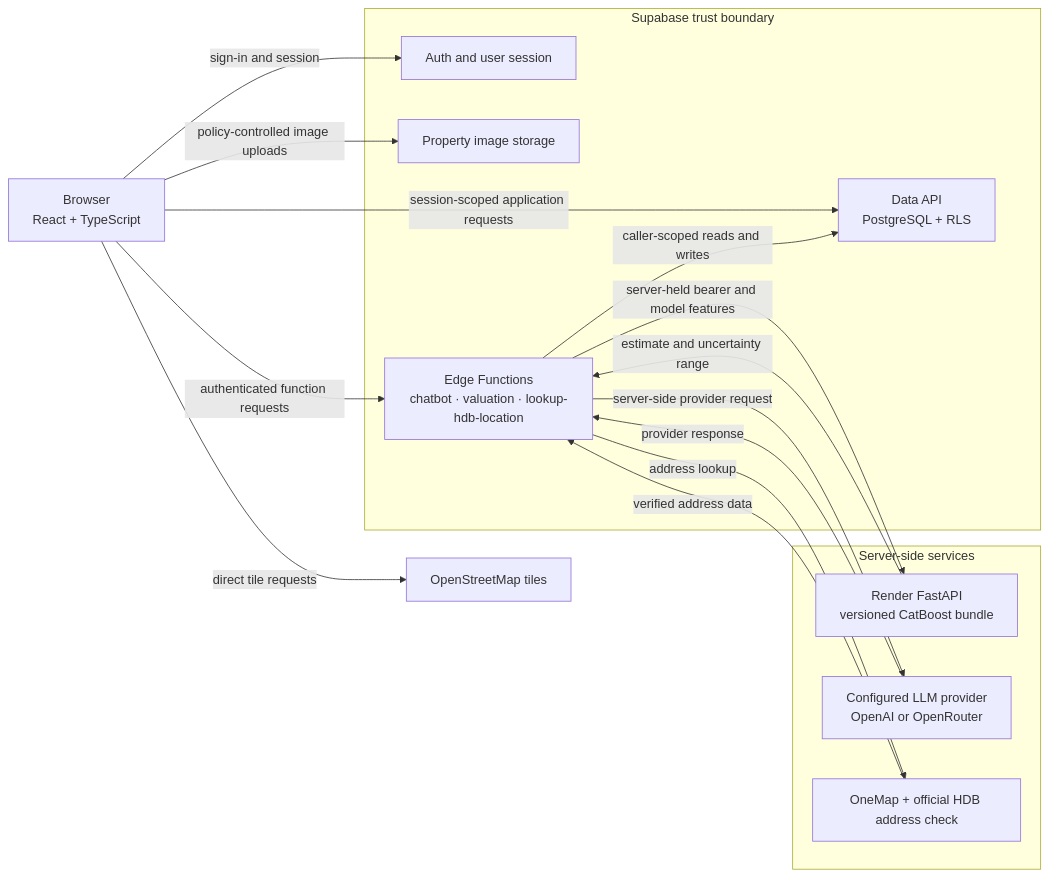
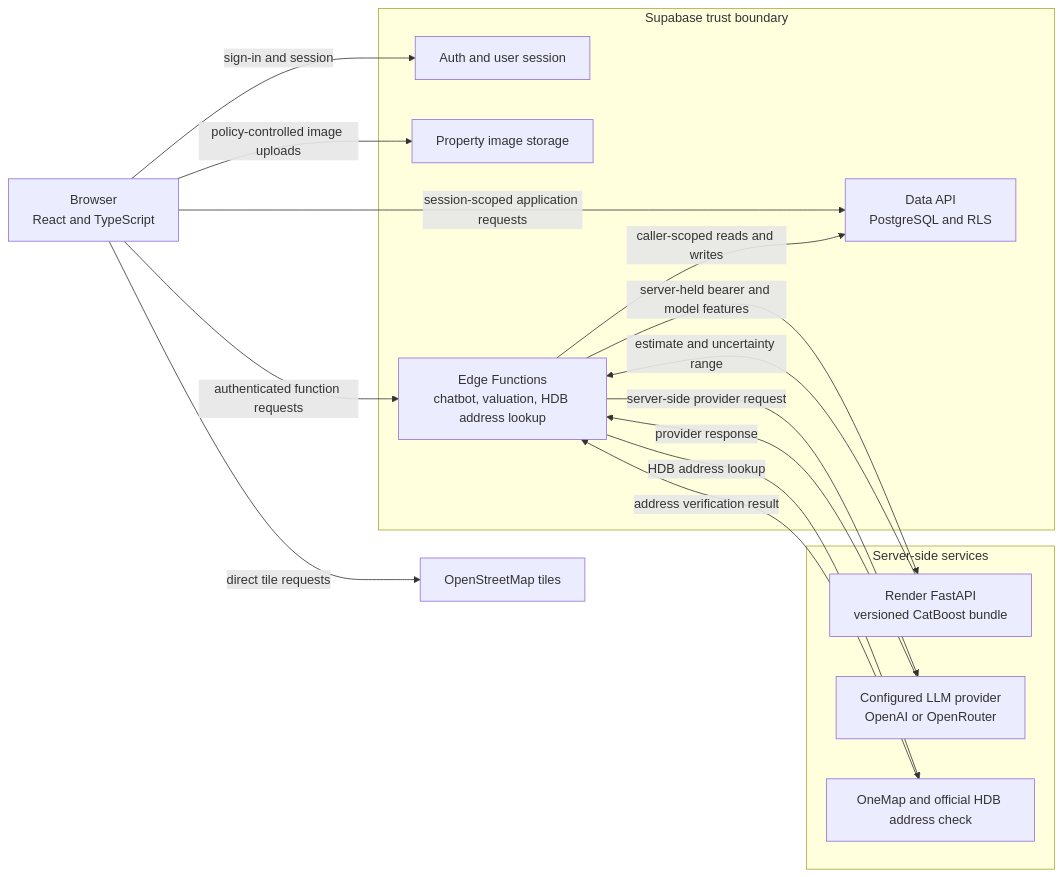
The diagram in README.md (Nitecry7/SC3040-Software-Engineering-Project), drawn with Mermaid before and after one commit. The commit also changed other lines of this file, not shown here.

````diff
--- a/README.md
+++ b/README.md
@@ -28,32 +29,32 @@
 ```mermaid
 flowchart LR
-  Browser[Browser<br/>React + TypeScript]
+  Browser["Browser<br/>React and TypeScript"]
 
-  subgraph Supabase[Supabase trust boundary]
-    Auth[Auth and user session]
-    Data[Data API<br/>PostgreSQL + RLS]
-    Storage[Property image storage]
-    Functions[Edge Functions<br/>chatbot · valuation · lookup-hdb-location]
+  subgraph Supabase["Supabase trust boundary"]
+    Auth["Auth and user session"]
+    Data["Data API<br/>PostgreSQL and RLS"]
+    Storage["Property image storage"]
+    Functions["Edge Functions<br/>chatbot, valuation, HDB address lookup"]
   end
 
-  subgraph Services[Server-side services]
-    Render[Render FastAPI<br/>versioned CatBoost bundle]
-    Provider[Configured LLM provider<br/>OpenAI or OpenRouter]
-    Address[OneMap + official HDB address check]
+  subgraph Services["Server-side services"]
+    Render["Render FastAPI<br/>versioned CatBoost bundle"]
+    Provider["Configured LLM provider<br/>OpenAI or OpenRouter"]
+    Address["OneMap and official HDB address check"]
   end
 
-  Tiles[OpenStreetMap tiles]
+  Tiles["OpenStreetMap tiles"]
 
   Browser -->|sign-in and session| Auth
   Browser -->|session-scoped application requests| Data
   Browser -->|authenticated function requests| Functions
   Browser -->|policy-controlled image uploads| Storage
   Browser -->|direct tile requests| Tiles
   Functions -->|caller-scoped reads and writes| Data
   Functions -->|server-held bearer and model features| Render
   Render -->|estimate and uncertainty range| Functions
   Functions -->|server-side provider request| Provider
   Provider -->|provider response| Functions
-  Functions -->|address lookup| Address
-  Address -->|verified address data| Functions
+  Functions -->|HDB address lookup| Address
+  Address -->|address verification result| Functions
 ```
````
